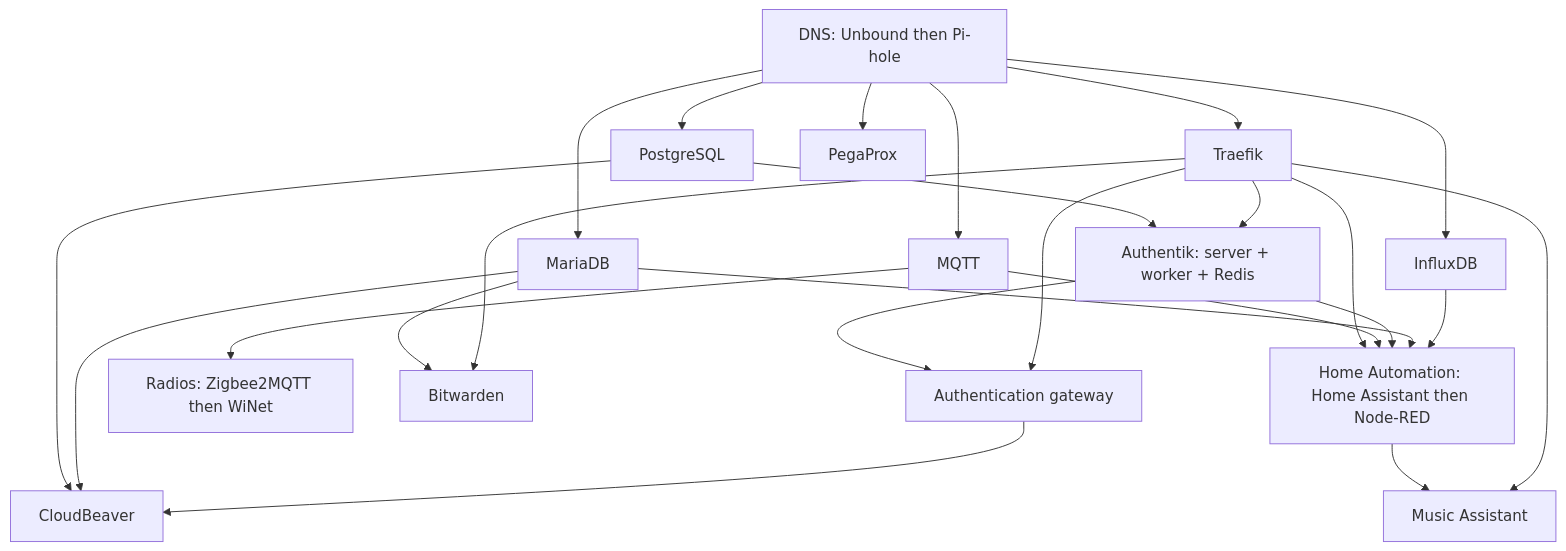
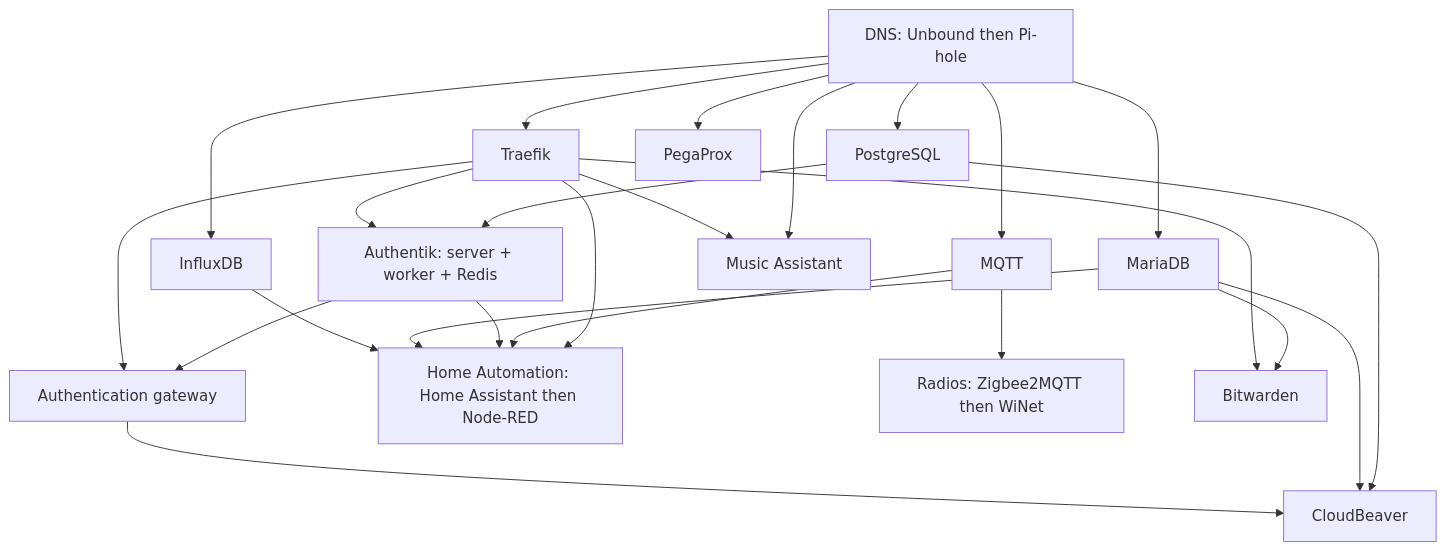
One commit to theaussiepom/homelab-stack changed the diagram in README.md. Above: the diagram before and after it, drawn with Mermaid. The commit also changed 4 other files, not shown here.

Commit message:
Deploy Music Assistant independently of Home Automation

````diff
--- a/README.md
+++ b/README.md
@@ -12,26 +12,26 @@
 ```mermaid
 flowchart TD
   DNS[DNS: Unbound then Pi-hole] --> Ingress[Traefik]
   DNS --> PG[PostgreSQL]
   DNS --> Maria[MariaDB]
   DNS --> Influx[InfluxDB]
   DNS --> Pega[PegaProx]
   PG --> Auth[Authentik: server + worker + Redis]
   Ingress --> Auth
   PG --> Admin[CloudBeaver]
   Maria --> Admin
   Auth --> Gateway[Authentication gateway]
   Ingress --> Gateway
   Gateway --> Admin
   DNS --> Broker[MQTT]
   Ingress --> Auto[Home Automation: Home Assistant then Node-RED]
   Broker --> Auto
   Auth --> Auto
   Maria --> Auto
   Influx --> Auto
   Broker --> Radio[Radios: Zigbee2MQTT then WiNet]
-  Auto --> Music[Music Assistant]
+  DNS --> Music[Music Assistant]
   Ingress --> Music
   Maria --> Vault[Bitwarden]
   Ingress --> Vault
 ```
````
